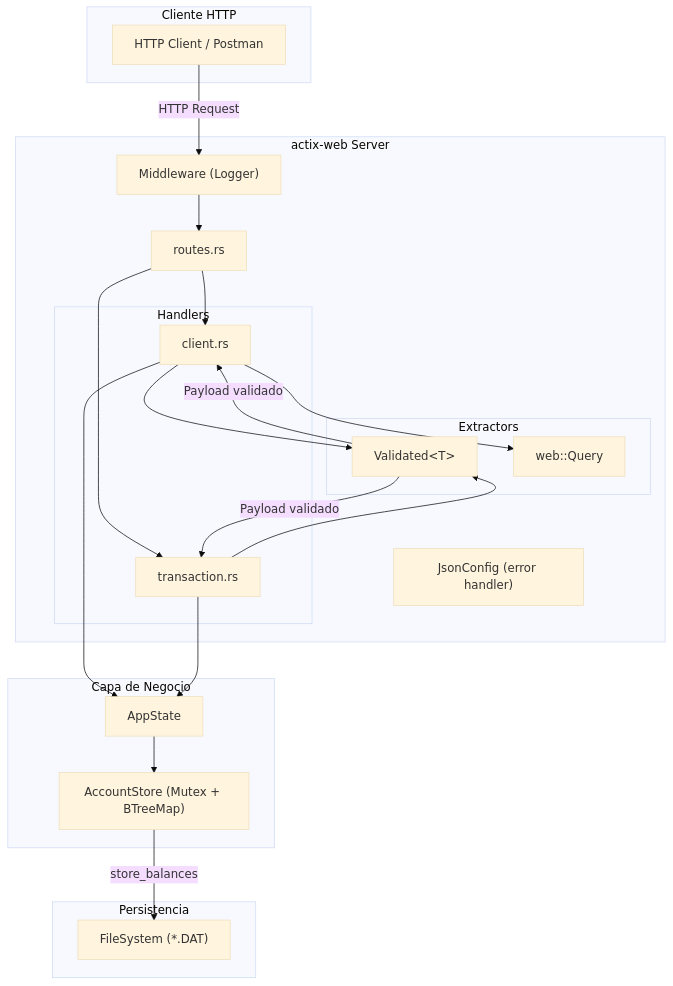
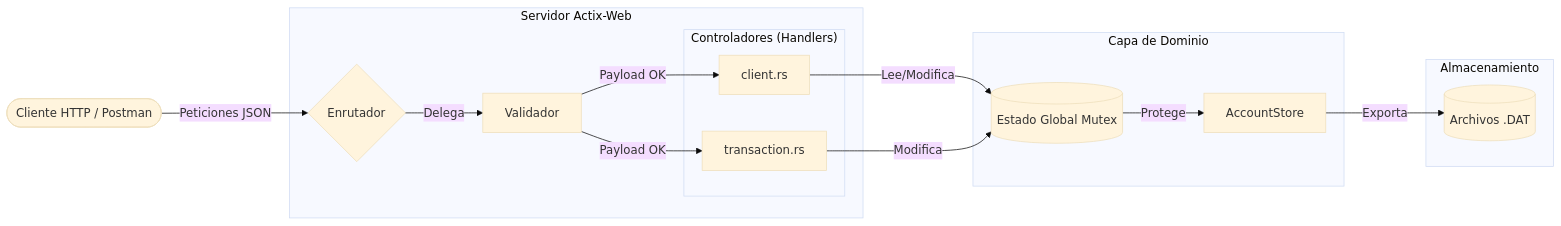
Before and after one commit to fkrause98/prex-challenge: the first of 6 diagrams in README.md, drawn with Mermaid (base theme). The commit also changed other lines of this file and 4 other files, not shown here.

````diff
--- a/README.md
+++ b/README.md
@@ -124,45 +45,32 @@
 ```mermaid
-graph TB
-    subgraph "Cliente HTTP"
-        C[HTTP Client / Postman]
+graph LR
+    Client([Cliente HTTP / Postman])
+    
+    subgraph "Servidor Actix-Web"
+        Router{Enrutador}
+        V[Validador]
+        
+        subgraph "Controladores (Handlers)"
+            ClientHandler[client.rs]
+            TxHandler[transaction.rs]
+        end
+    end
+    
+    subgraph "Capa de Dominio"
+        AppSt[(Estado Global Mutex)]
+        Store[AccountStore]
+    end
+    
+    subgraph "Almacenamiento"
+        Disk[(Archivos .DAT)]
     end
 
-    subgraph "actix-web Server"
-        MW["Middleware (Logger)"]
-        JC["JsonConfig (error handler)"]
-        R[routes.rs]
-
-        subgraph "Handlers"
-            HC[client.rs]
-            HT[transaction.rs]
-        end
-
-        subgraph "Extractors"
-            V["Validated&lt;T&gt;"]
-            Q["web::Query"]
-        end
-    end
-
-    subgraph "Capa de Negocio"
-        AS[AppState]
-        ST["AccountStore (Mutex + BTreeMap)"]
-    end
-
-    subgraph "Persistencia"
-        FS["FileSystem (*.DAT)"]
-    end
-
-    C -->|HTTP Request| MW
-    MW --> R
-    R --> HC
-    R --> HT
-    HC --> V
-    HT --> V
-    HC --> Q
-    V -->|Payload validado| HC
-    V -->|Payload validado| HT
-    HC --> AS
-    HT --> AS
-    AS --> ST
-    ST -->|store_balances| FS
+    Client -- Peticiones JSON --> Router
+    Router -- Delega --> V
+    V -- Payload OK --> ClientHandler
+    V -- Payload OK --> TxHandler
+    ClientHandler -- Lee/Modifica --> AppSt
+    TxHandler -- Modifica --> AppSt
+    AppSt -- Protege --> Store
+    Store -- Exporta --> Disk
 ```
````
